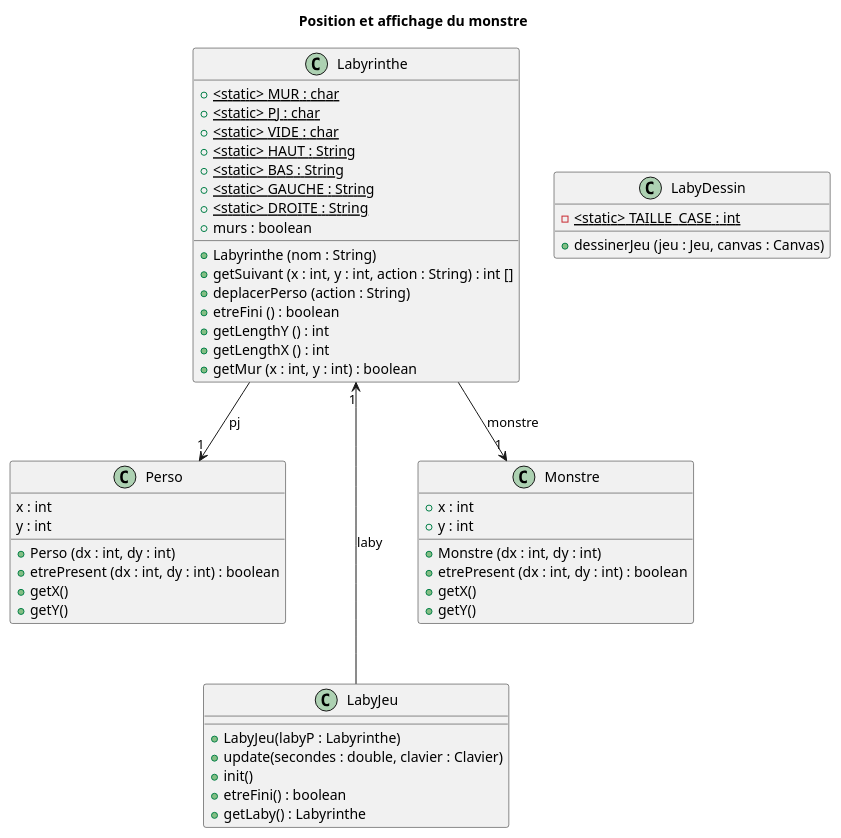
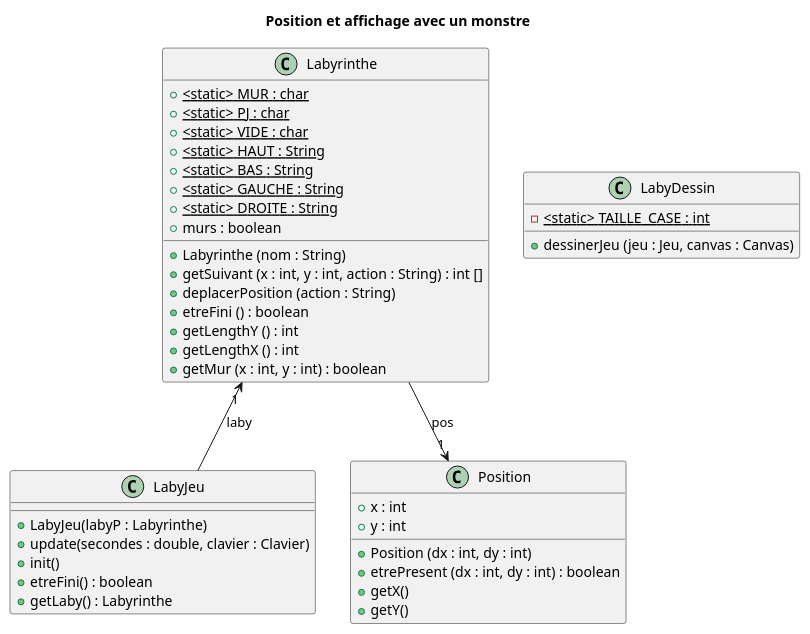
One commit to Hugo-COLLIN/BUT_INFO_S2_2022_Zeldiablo changed the diagram in racine_depot/documents/version_2/diagClass_posInitiale.puml. Above: the diagram before and after it, drawn with PlantUML. The commit also changed 2 other files, not shown here.

Commit message:
diagMonstreUpdate

```diff
--- a/racine_depot/documents/version_2/diagClass_posInitiale.puml
+++ b/racine_depot/documents/version_2/diagClass_posInitiale.puml
@@ -1,60 +1,49 @@
 @startuml
-title Position et affichage du monstre
-
-class Perso {
-    x : int
-    y : int
-
-    + Perso (dx : int, dy : int)
-    + etrePresent (dx : int, dy : int) : boolean
-    + getX()
-    + getY()
-}
+title Position et affichage avec un monstre
 
 class Labyrinthe {
     + <static> MUR : char {static}
     + <static> PJ : char {static}
     + <static> VIDE : char {static}
     + <static> HAUT : String {static}
     + <static> BAS : String {static}
     + <static> GAUCHE : String {static}
     + <static> DROITE : String {static}
     + murs : boolean
 
     + Labyrinthe (nom : String)
     + getSuivant (x : int, y : int, action : String) : int []
-    + deplacerPerso (action : String)
+    + deplacerPosition (action : String)
     + etreFini () : boolean
     + getLengthY () : int
     + getLengthX () : int
     + getMur (x : int, y : int) : boolean
 }
 
 class LabyJeu {
     + LabyJeu(labyP : Labyrinthe)
     + update(secondes : double, clavier : Clavier)
     + init()
     + etreFini() : boolean
     + getLaby() : Labyrinthe
 }
 
 class LabyDessin {
     - <static> TAILLE_CASE : int {static}
     + dessinerJeu (jeu : Jeu, canvas : Canvas)
 }
 
-class Monstre {
+class Position {
     + x : int
     + y : int
 
-    + Monstre (dx : int, dy : int)
+    + Position (dx : int, dy : int)
     + etrePresent (dx : int, dy : int) : boolean
     + getX()
     + getY()
 }
 
-Labyrinthe --> Perso : pj "1"
-Labyrinthe --> Monstre : monstre "1"
-Labyrinthe "1" <--- LabyJeu : laby
+Labyrinthe --> Position : pos "1"
+Labyrinthe "1" <-- LabyJeu : laby
 
 @enduml
```
